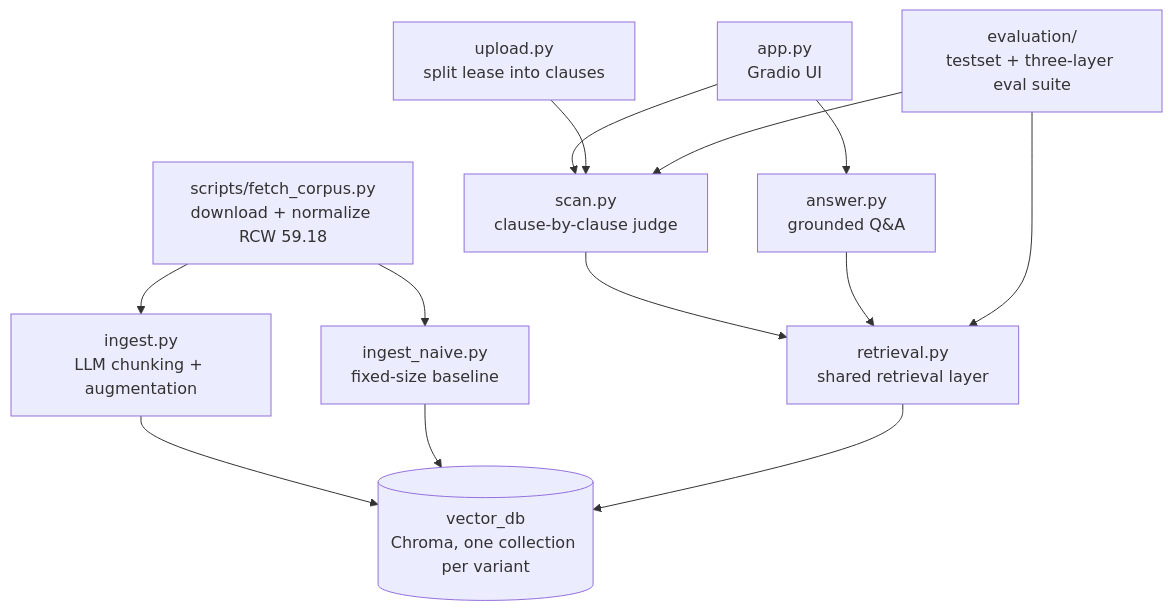
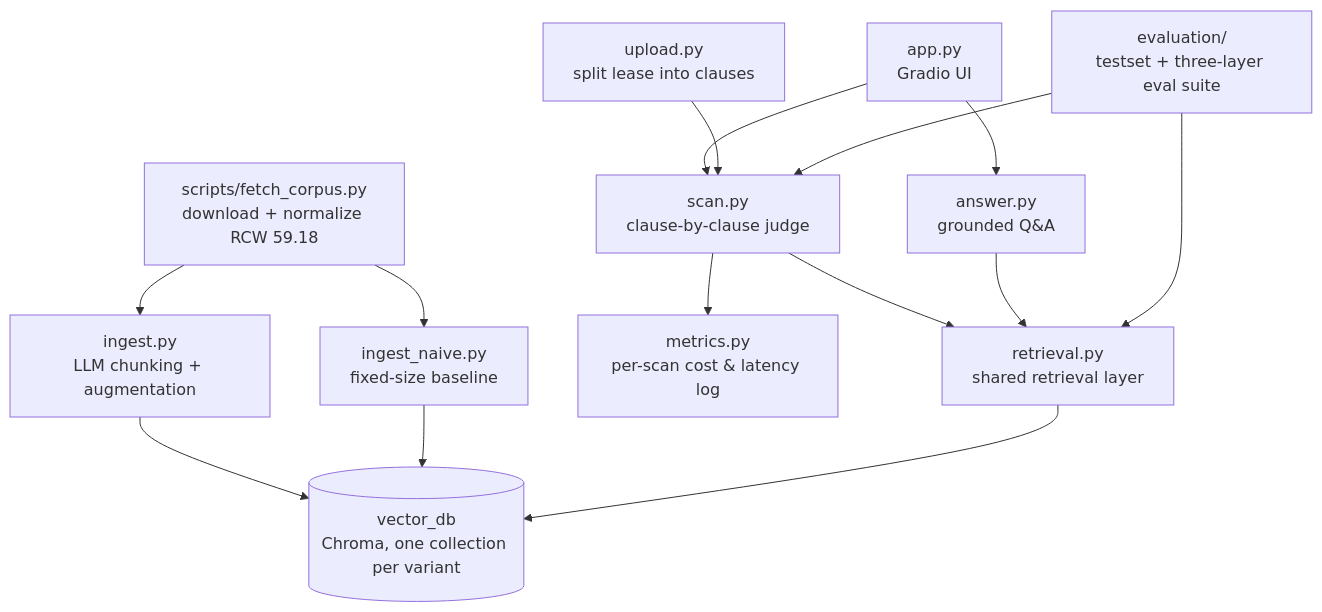
Before and after one commit to tywangq/leasehound: the diagram in README.md, drawn with Mermaid. The commit also changed other lines of this file and 7 other files, not shown here.

Commit message:
Per-scan metrics: cost, tokens, and latency logged for every scan

````diff
--- a/README.md
+++ b/README.md
@@ -31,16 +31,17 @@
 ```mermaid
 graph TD
     FETCH["scripts/fetch_corpus.py<br>download + normalize RCW 59.18"] --> INGEST["ingest.py<br>LLM chunking + augmentation"]
     FETCH --> NAIVE["ingest_naive.py<br>fixed-size baseline"]
     INGEST --> DB[("vector_db<br>Chroma, one collection per variant")]
     NAIVE --> DB
 
     APP["app.py<br>Gradio UI"] --> SCAN["scan.py<br>clause-by-clause judge"]
     APP --> ANSWER["answer.py<br>grounded Q&A"]
     UPLOAD["upload.py<br>split lease into clauses"] --> SCAN
+    SCAN --> METRICS["metrics.py<br>per-scan cost & latency log"]
     SCAN --> RETRIEVAL["retrieval.py<br>shared retrieval layer"]
     ANSWER --> RETRIEVAL
     EVAL["evaluation/<br>testset + three-layer eval suite"] --> RETRIEVAL
     EVAL --> SCAN
     RETRIEVAL --> DB
 ```
````
